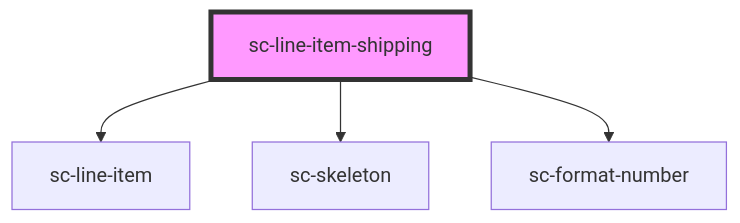
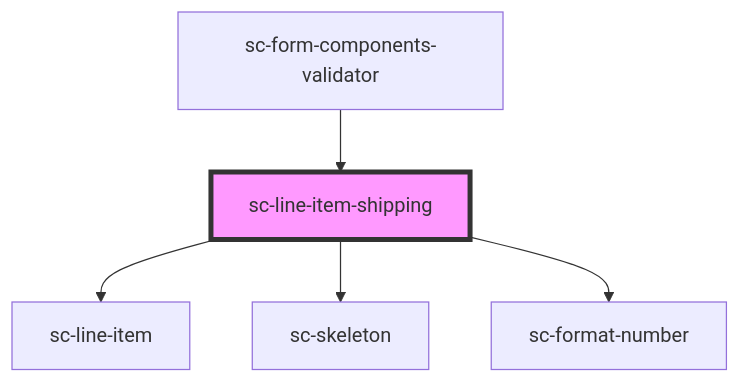
The diagram in packages/components/src/components/controllers/checkout-form/sc-line-item-shipping/readme.md (surecart/surecart-wp-plugin), drawn with Mermaid before and after one commit. The commit also changed other lines of this file and 17 other files, not shown here.

````diff
--- a/packages/components/src/components/controllers/checkout-form/sc-line-item-shipping/readme.md
+++ b/packages/components/src/components/controllers/checkout-form/sc-line-item-shipping/readme.md
@@ -24,7 +28,8 @@
 ```mermaid
 graph TD;
   sc-line-item-shipping --> sc-line-item
   sc-line-item-shipping --> sc-skeleton
   sc-line-item-shipping --> sc-format-number
+  sc-form-components-validator --> sc-line-item-shipping
   style sc-line-item-shipping fill:#f9f,stroke:#333,stroke-width:4px
 ```
````
